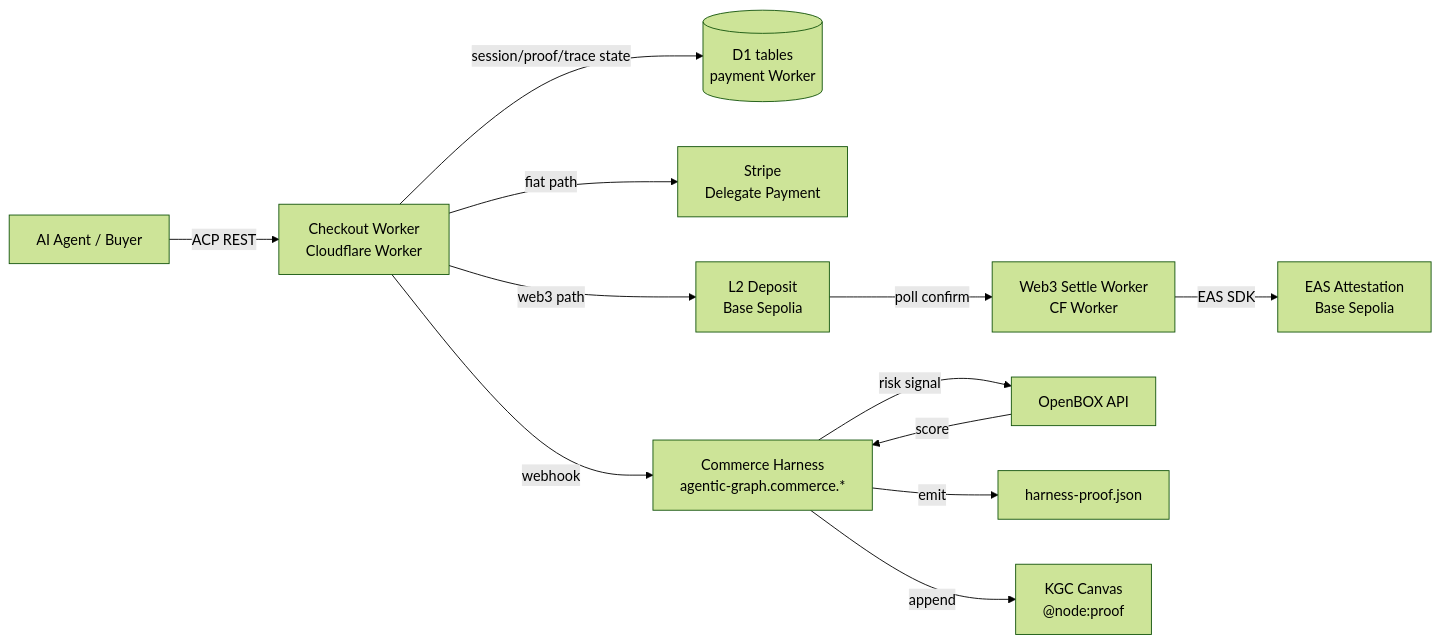
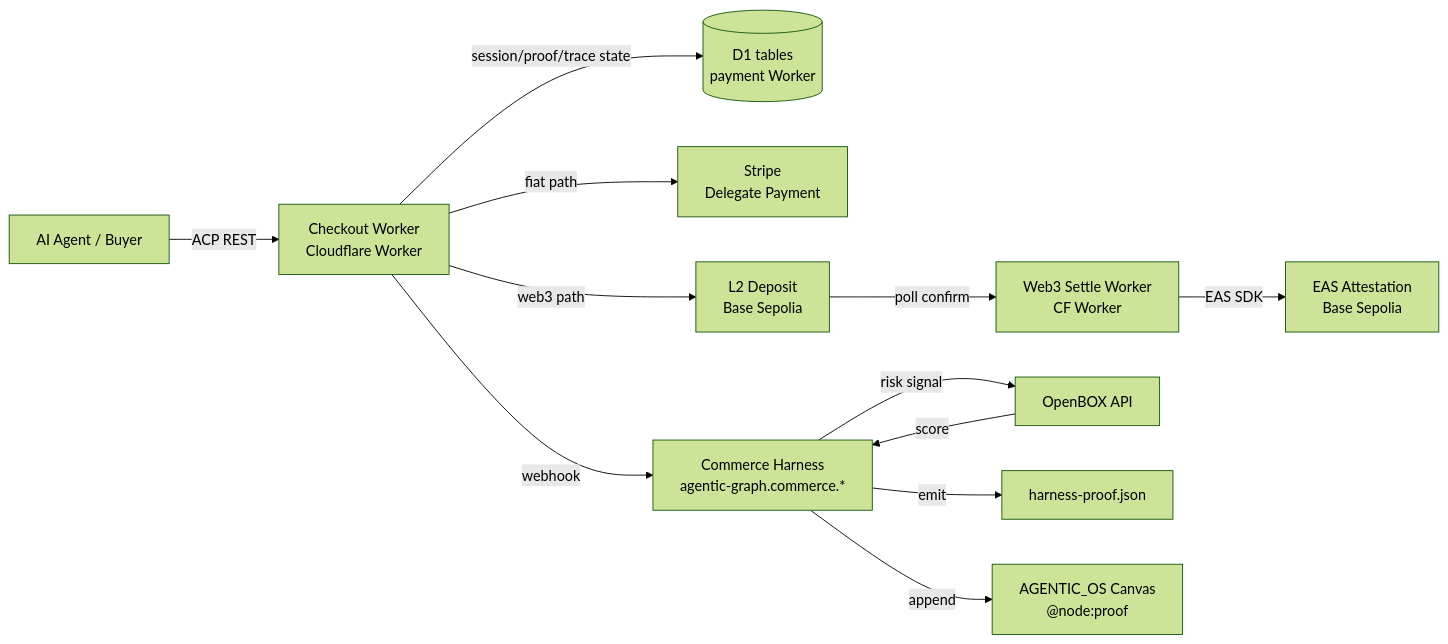
Before and after one commit to huijoohwee/agentic-graph: the first of 3 diagrams in docs/documents/agentic-graph-agentic-commerce-prd-tad.md, drawn with Mermaid (forest theme). The commit also changed other lines of this file and 599 other files, not shown here.

````diff
--- a/docs/documents/agentic-graph-agentic-commerce-prd-tad.md
+++ b/docs/documents/agentic-graph-agentic-commerce-prd-tad.md
@@ -284,14 +284,14 @@
 ```mermaid
 flowchart LR
     A[AI Agent / Buyer] -->|ACP REST| B[Checkout Worker\nCloudflare Worker]
     B -->|session/proof/trace state| C[(D1 tables\npayment Worker)]
     B -->|fiat path| D[Stripe\nDelegate Payment]
     B -->|web3 path| E[L2 Deposit\nBase Sepolia]
     E -->|poll confirm| F[Web3 Settle Worker\nCF Worker]
     F -->|EAS SDK| G[EAS Attestation\nBase Sepolia]
     B -->|webhook| H[Commerce Harness\nagentic-graph.commerce.*]
     H -->|risk signal| I[OpenBOX API]
     H -->|emit| J[harness-proof.json]
-    H -->|append| K[KGC Canvas\n@node:proof]
+    H -->|append| K[AGENTIC_OS Canvas\n@node:proof]
     I -->|score| H
 ```
````
